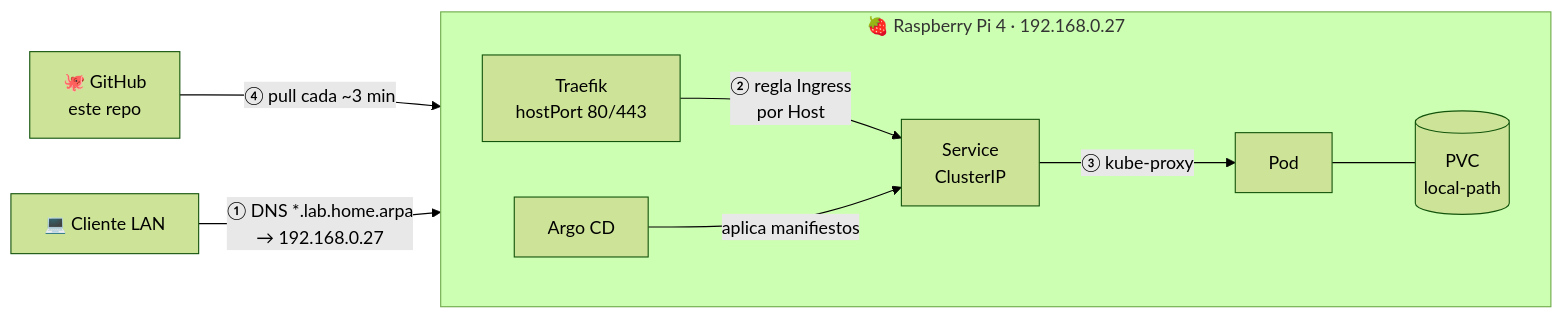
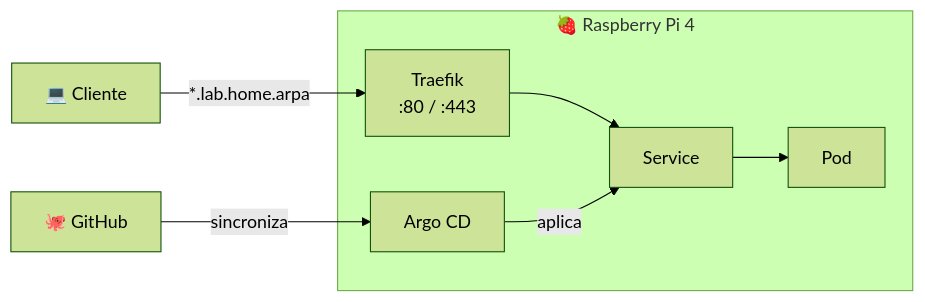
The diagram in README.md (Alberto-AS1026/k3s-gitops-rpi), drawn with Mermaid (forest theme) before and after one commit. The commit also changed other lines of this file, not shown here.

````diff
--- a/README.md
+++ b/README.md
@@ -31,12 +26,9 @@
 ```mermaid
 flowchart LR
-    U["💻 Cliente LAN"] -- "① DNS *.lab.home.arpa<br/>→ 192.168.0.27" --> P
-    subgraph P["🍓 Raspberry Pi 4 · 192.168.0.27"]
-        direction LR
-        T["Traefik<br/>hostPort 80/443"] -- "② regla Ingress<br/>por Host" --> S["Service<br/>ClusterIP"]
-        S -- "③ kube-proxy" --> D["Pod"]
-        D --- V[("PVC<br/>local-path")]
-        A["Argo CD"] -- "aplica manifiestos" --> S
+    U["💻 Cliente"] -- "*.lab.home.arpa" --> T
+    subgraph P["🍓 Raspberry Pi 4"]
+        T["Traefik<br/>:80 / :443"] --> S["Service"] --> D["Pod"]
+        A["Argo CD"] -- "aplica" --> S
     end
-    G["🐙 GitHub<br/>este repo"] -- "④ pull cada ~3 min" --> A
+    G["🐙 GitHub"] -- "sincroniza" --> A
 ```
````
